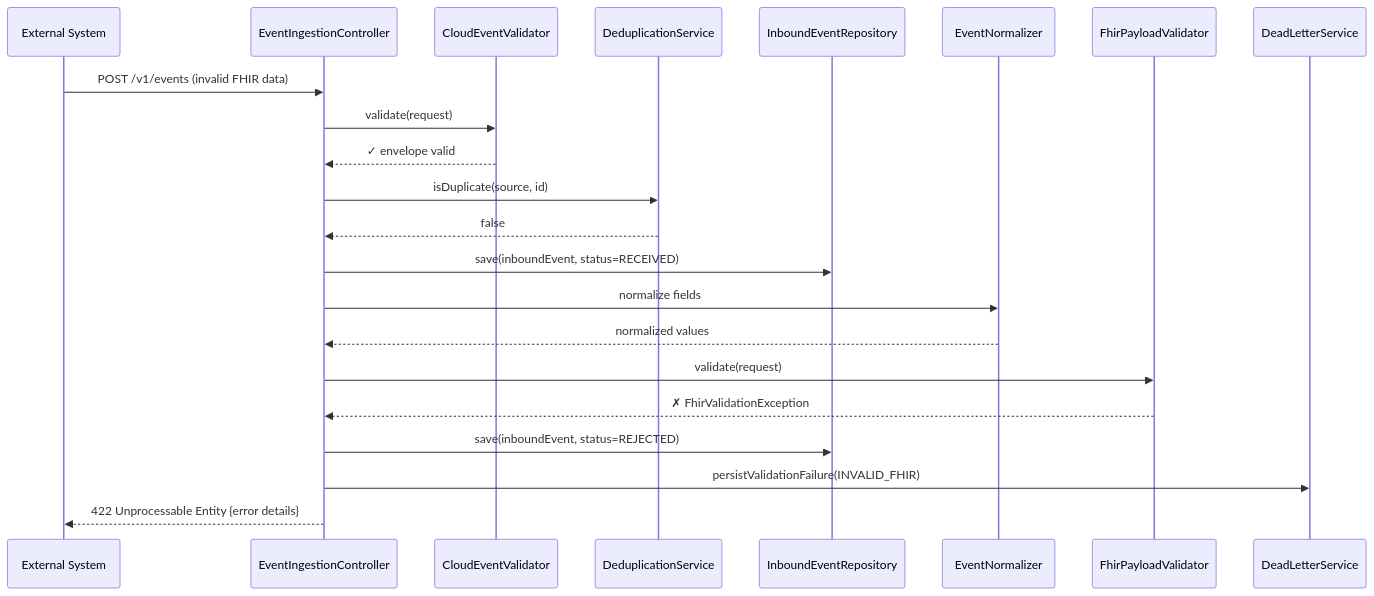
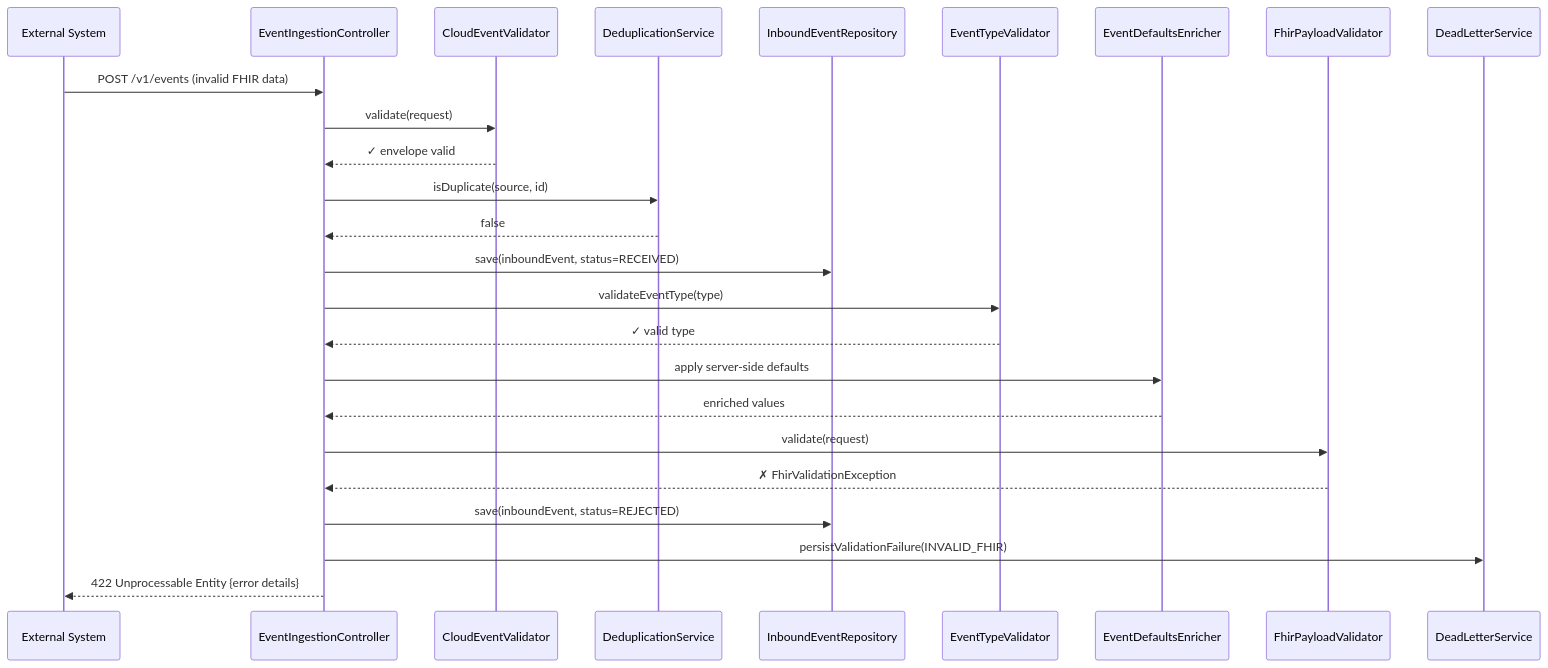
The third of 8 diagrams in docs/flow-diagrams.md (Jayaprakash8887/cce-collector-service), drawn with Mermaid before and after one commit. The commit also changed other lines of this file and 4 other files, not shown here.

````diff
--- a/docs/flow-diagrams.md
+++ b/docs/flow-diagrams.md
@@ -95,30 +101,33 @@
 ```mermaid
 sequenceDiagram
     participant Client as External System
     participant Controller as EventIngestionController
     participant Validator as CloudEventValidator
     participant Dedup as DeduplicationService
     participant Repo as InboundEventRepository
-    participant Normalizer as EventNormalizer
+    participant TypeValidator as EventTypeValidator
+    participant Defaults as EventDefaultsEnricher
     participant FHIR as FhirPayloadValidator
     participant DL as DeadLetterService
 
     Client->>Controller: POST /v1/events (invalid FHIR data)
     Controller->>Validator: validate(request)
     Validator-->>Controller: ✓ envelope valid
 
     Controller->>Dedup: isDuplicate(source, id)
     Dedup-->>Controller: false
 
     Controller->>Repo: save(inboundEvent, status=RECEIVED)
-    Controller->>Normalizer: normalize fields
-    Normalizer-->>Controller: normalized values
+    Controller->>TypeValidator: validateEventType(type)
+    TypeValidator-->>Controller: ✓ valid type
+    Controller->>Defaults: apply server-side defaults
+    Defaults-->>Controller: enriched values
 
     Controller->>FHIR: validate(request)
     FHIR-->>Controller: ✗ FhirValidationException
 
     Controller->>Repo: save(inboundEvent, status=REJECTED)
     Controller->>DL: persistValidationFailure(INVALID_FHIR)
 
     Controller-->>Client: 422 Unprocessable Entity {error details}
 ```
````
